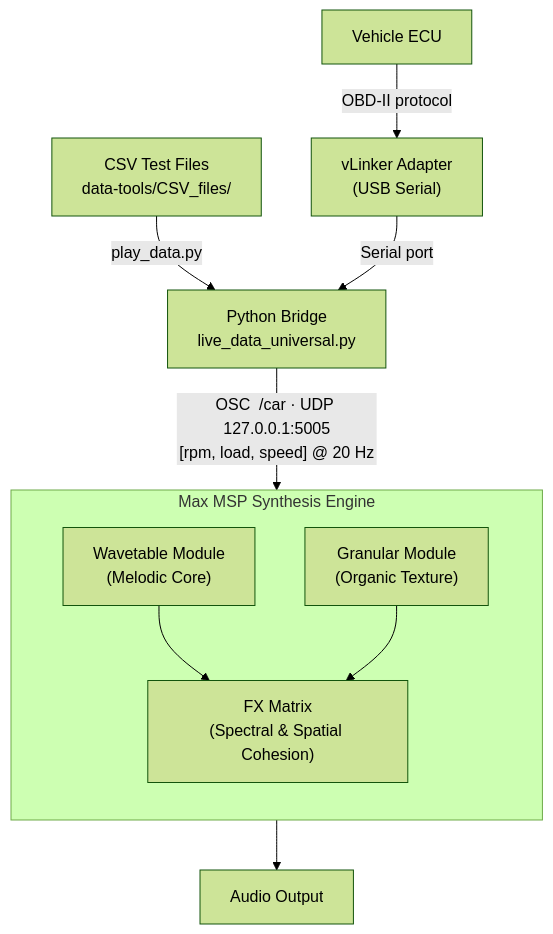
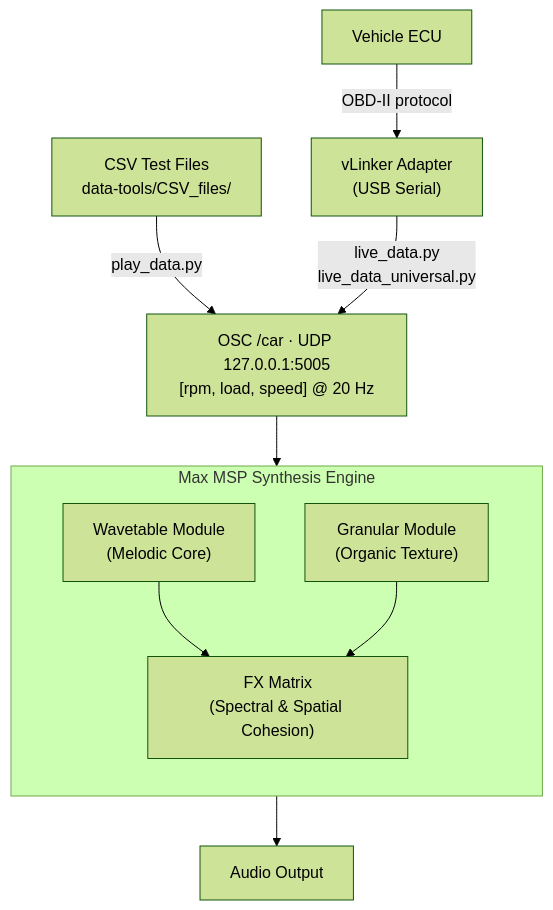
One commit to BitResonant/EV-engine-sound-sonification changed the diagram in README.md. Above: the diagram before and after it, drawn with Mermaid (forest theme).

Commit message:
Update Mermaid data flow diagram: remove Python Bridge node
- vLinker Adapter now connects directly to OSC /car node, labeled with live_data.py / live_data_universal.py
- CSV Test Files now connect directly to OSC /car node via play_data.py
- OSC /car becomes an explicit standalone node feeding into Max MSP

Claude-Session: https://claude.ai/code/session_01VDpenFnZ7mtZx7Cqwt7T8V

````diff
--- a/README.md
+++ b/README.md
@@ -17,19 +17,19 @@
 ```mermaid
 flowchart TD
     A["Vehicle ECU"] -->|OBD-II protocol| B["vLinker Adapter\n(USB Serial)"]
-    CSV["CSV Test Files\ndata-tools/CSV_files/"] -->|play_data.py| PY
-    B -->|Serial port| PY["Python Bridge\nlive_data_universal.py"]
+    CSV["CSV Test Files\ndata-tools/CSV_files/"] -->|play_data.py| OSC
+    B -->|"live_data.py\nlive_data_universal.py"| OSC["OSC /car · UDP 127.0.0.1:5005\n[rpm, load, speed] @ 20 Hz"]
 
-    PY -->|"OSC  /car · UDP 127.0.0.1:5005\n[rpm, load, speed] @ 20 Hz"| SYNTH
+    OSC --> SYNTH
 
     subgraph SYNTH ["Max MSP Synthesis Engine"]
         direction TB
         WT["Wavetable Module\n(Melodic Core)"]
         GR["Granular Module\n(Organic Texture)"]
         FX["FX Matrix\n(Spectral & Spatial Cohesion)"]
         WT --> FX
         GR --> FX
     end
 
     FX --> OUT["Audio Output"]
 ```
````
